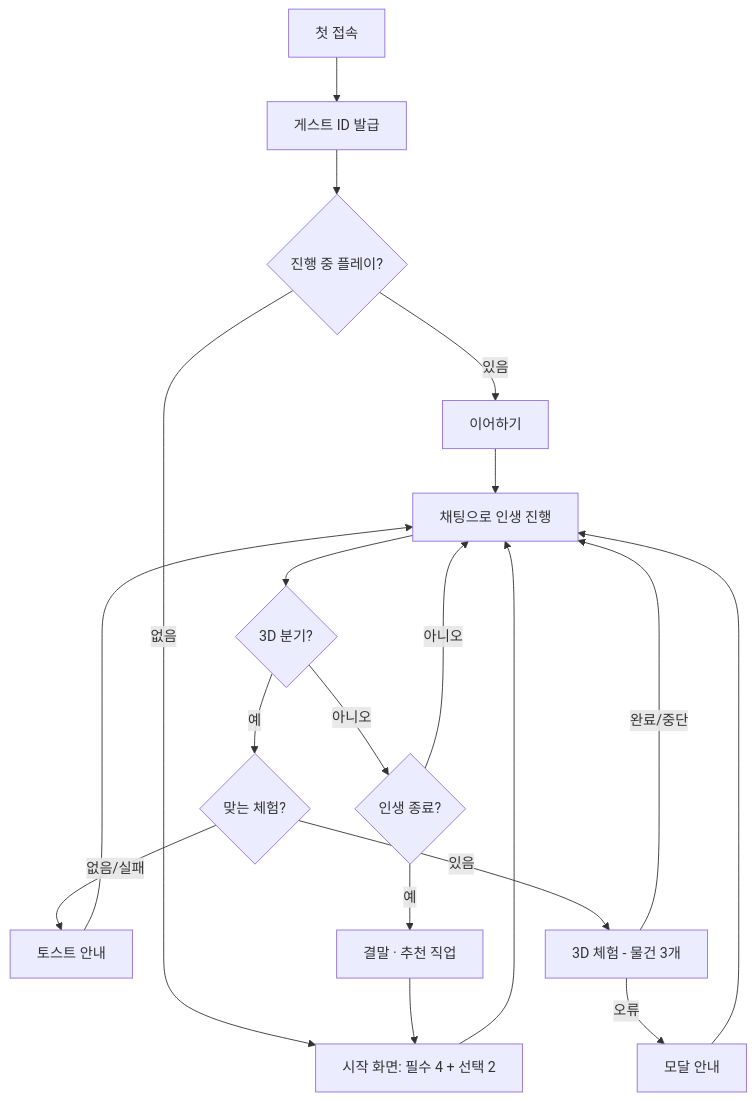
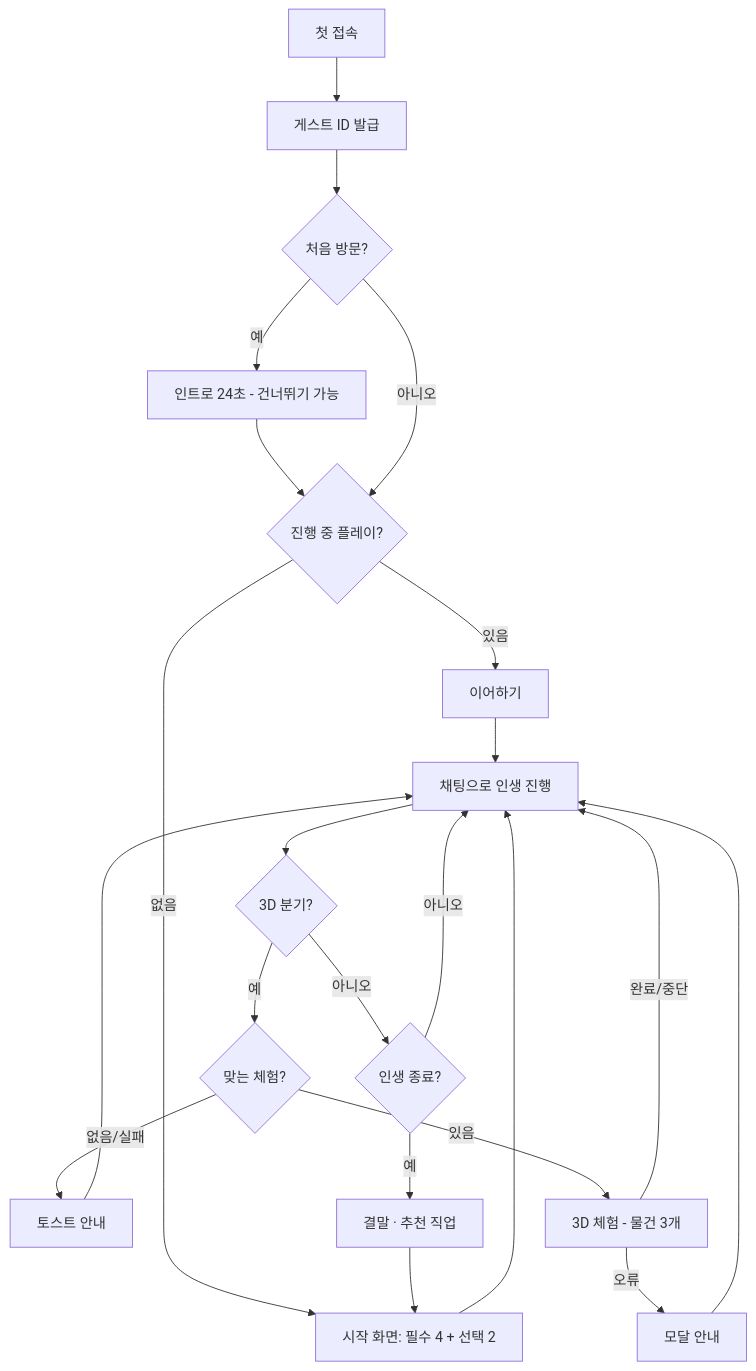
The diagram in docs/development/01-user-flow.md (BBossAndChildren/base-repo), drawn with Mermaid before and after one commit. The commit also changed other lines of this file and 10 other files, not shown here.

````diff
--- a/docs/development/01-user-flow.md
+++ b/docs/development/01-user-flow.md
@@ -72,19 +79,21 @@
 ```mermaid
 flowchart TD
   A[첫 접속] --> B[게스트 ID 발급]
-  B --> C{진행 중 플레이?}
+  B --> N{처음 방문?}
+  N -- 예 --> IN[인트로 24초 - 건너뛰기 가능] --> C
+  N -- 아니오 --> C{진행 중 플레이?}
   C -- 있음 --> P[이어하기]
   C -- 없음 --> D[시작 화면: 필수 4 + 선택 2]
   D --> E[채팅으로 인생 진행]
   P --> E
   E --> F{3D 분기?}
   F -- 아니오 --> G{인생 종료?}
   F -- 예 --> H{맞는 체험?}
   H -- 없음/실패 --> T[토스트 안내] --> E
   H -- 있음 --> I[3D 체험 - 물건 3개]
   I -- 완료/중단 --> E
   I -- 오류 --> M[모달 안내] --> E
   G -- 아니오 --> E
   G -- 예 --> J[결말 · 추천 직업]
   J --> D
 ```
````
